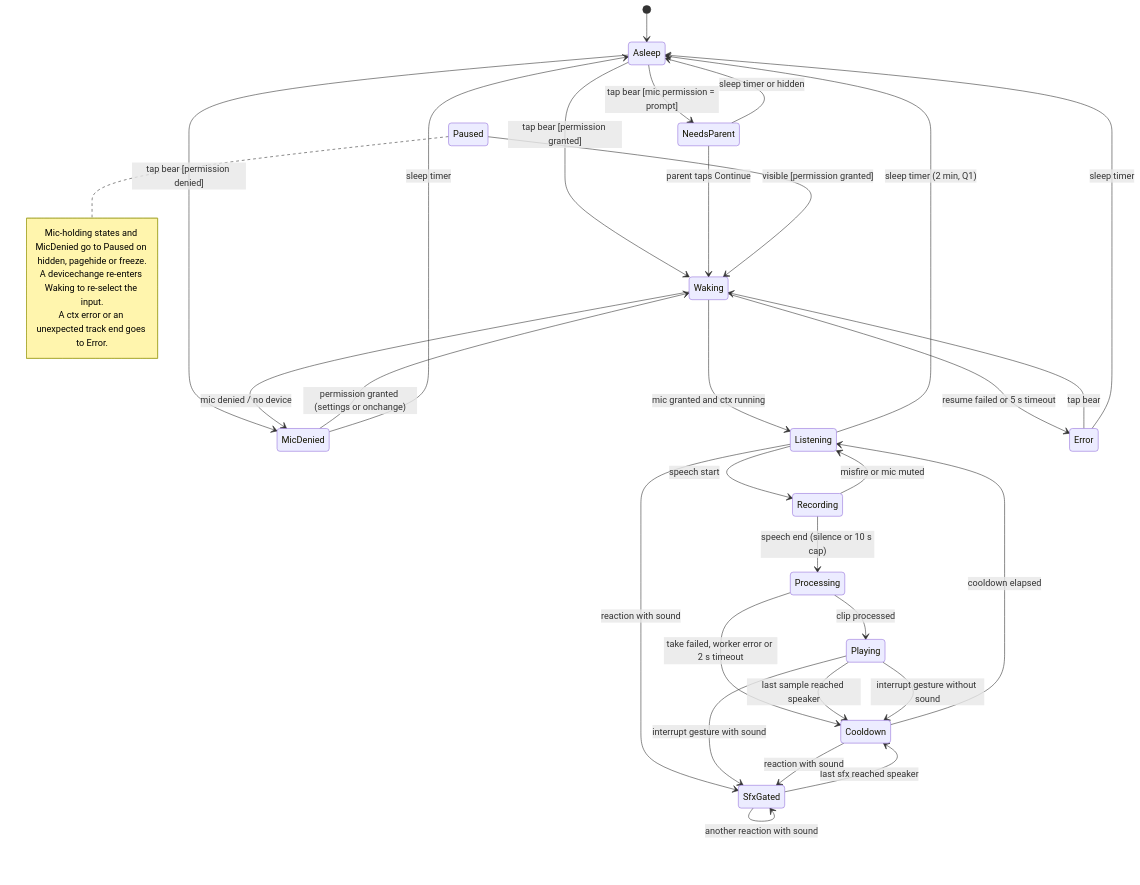
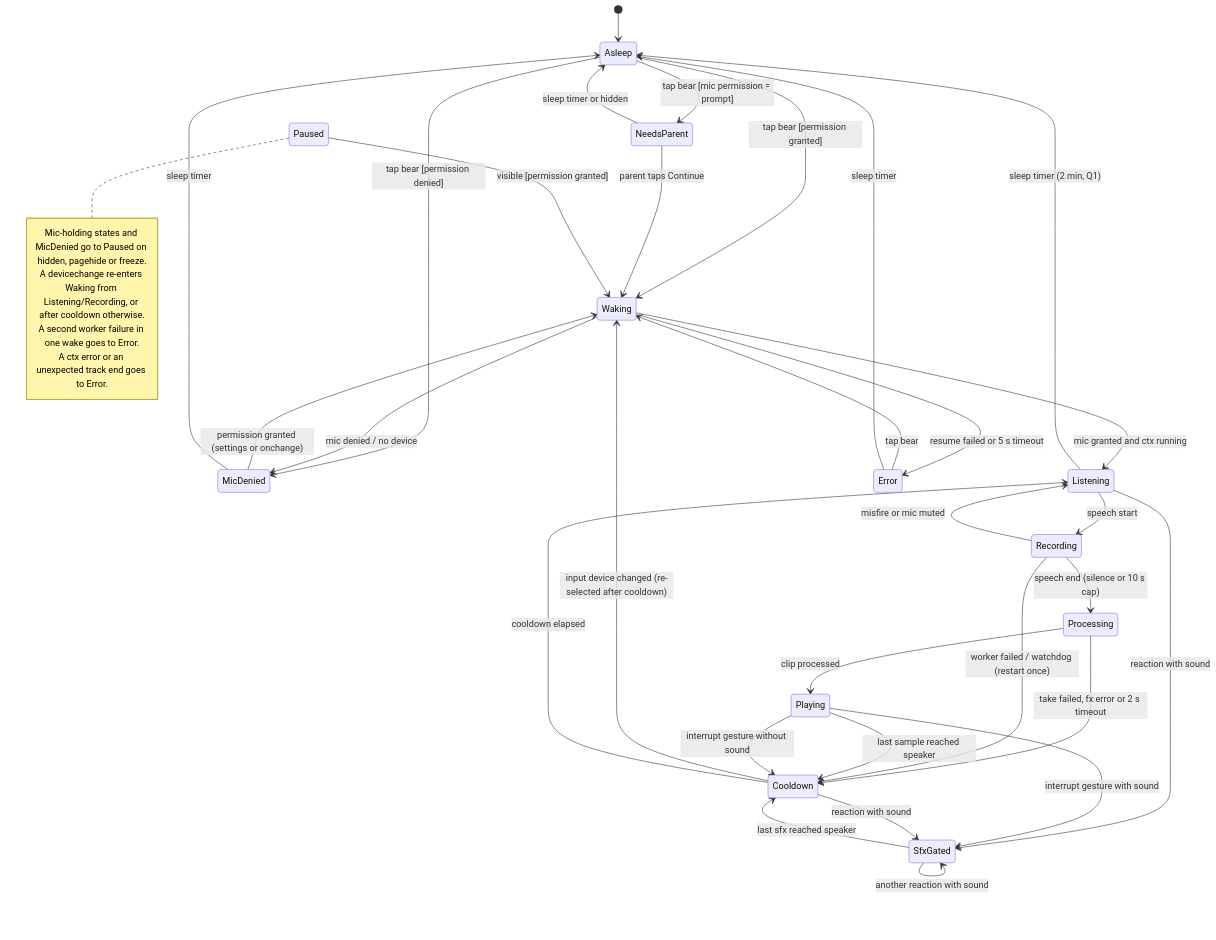
Before and after one commit to chethan123/talking-bear: the second of 3 diagrams in docs/plan.md, drawn with Mermaid. The commit also changed other lines of this file, not shown here.

````diff
--- a/docs/plan.md
+++ b/docs/plan.md
@@ -305,36 +306,39 @@
 ```mermaid
 stateDiagram-v2
   [*] --> Asleep
   Asleep --> NeedsParent: tap bear [mic permission = prompt]
   Asleep --> Waking: tap bear [permission granted]
   Asleep --> MicDenied: tap bear [permission denied]
   NeedsParent --> Waking: parent taps Continue
   NeedsParent --> Asleep: sleep timer or hidden
   Waking --> Listening: mic granted and ctx running
   Waking --> MicDenied: mic denied / no device
   Waking --> Error: resume failed or 5 s timeout
   MicDenied --> Waking: permission granted (settings or onchange)
   MicDenied --> Asleep: sleep timer
   Listening --> Recording: speech start
   Listening --> SfxGated: reaction with sound
   Listening --> Asleep: sleep timer (2 min, Q1)
   Recording --> Listening: misfire or mic muted
   Recording --> Processing: speech end (silence or 10 s cap)
   Processing --> Playing: clip processed
-  Processing --> Cooldown: take failed, worker error or 2 s timeout
+  Processing --> Cooldown: take failed, fx error or 2 s timeout
+  Recording --> Cooldown: worker failed / watchdog (restart once)
+  Cooldown --> Waking: input device changed (re-selected after cooldown)
   Playing --> Cooldown: last sample reached speaker
   Playing --> SfxGated: interrupt gesture with sound
   Playing --> Cooldown: interrupt gesture without sound
   SfxGated --> SfxGated: another reaction with sound
   SfxGated --> Cooldown: last sfx reached speaker
   Cooldown --> SfxGated: reaction with sound
   Cooldown --> Listening: cooldown elapsed
   Paused --> Waking: visible [permission granted]
   Error --> Waking: tap bear
   Error --> Asleep: sleep timer
   note right of Paused
     Mic-holding states and MicDenied go to Paused on hidden, pagehide or freeze.
-    A devicechange re-enters Waking to re-select the input.
+    A devicechange re-enters Waking from Listening/Recording, or after cooldown otherwise.
+    A second worker failure in one wake goes to Error.
     A ctx error or an unexpected track end goes to Error.
   end note
 ```
````
